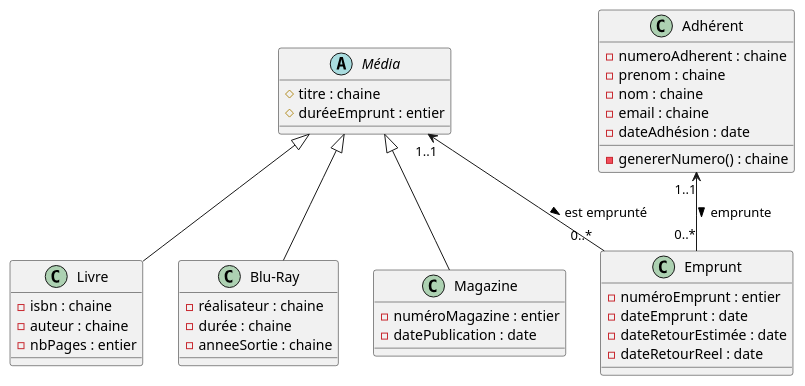
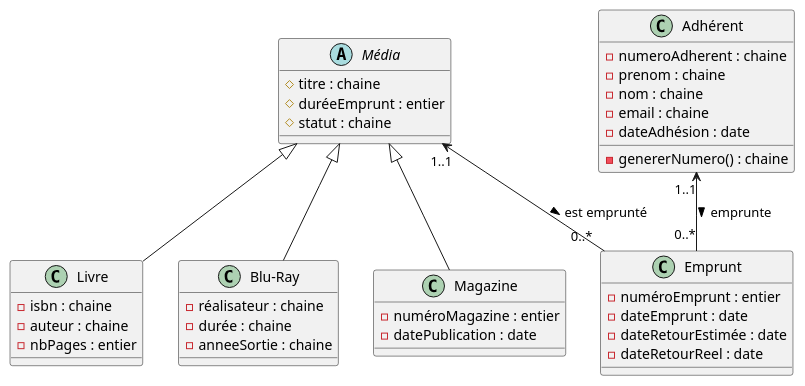
Before and after one commit to thogio8/php-projet-bibliotheque: the diagram in documentation/diagrammeDeClasse.puml, drawn with PlantUML. The commit also changed 36 other files, not shown here.

```diff
--- a/documentation/diagrammeDeClasse.puml
+++ b/documentation/diagrammeDeClasse.puml
@@ -1,49 +1,50 @@
 @startuml
 
 abstract class "Média" as M{
     # titre : chaine
     # duréeEmprunt : entier
+    # statut : chaine
 }
 
 class "Livre" as L{
     - isbn : chaine
     - auteur : chaine
     - nbPages : entier
 }
 
 class "Blu-Ray" as BR{
     - réalisateur : chaine
     - durée : chaine
     - anneeSortie : chaine
 }
 
 class "Magazine" as Ma{
     - numéroMagazine : entier
     - datePublication : date
 }
 
 class "Adhérent" as A{
     - numeroAdherent : chaine
     - prenom : chaine
     - nom : chaine
     - email : chaine
     - dateAdhésion : date
     - genererNumero() : chaine
 }
 
 class "Emprunt" as E{
     - numéroEmprunt : entier
     - dateEmprunt : date
     - dateRetourEstimée : date
     - dateRetourReel : date
 }
 
 M <|-- L
 M <|-- BR
 M <|-- Ma
 M "1..1" <-- "              0..*"E : est emprunté >
 A "1..1" <-- "0..*"E : emprunte >
 
 
 
 @enduml
```
